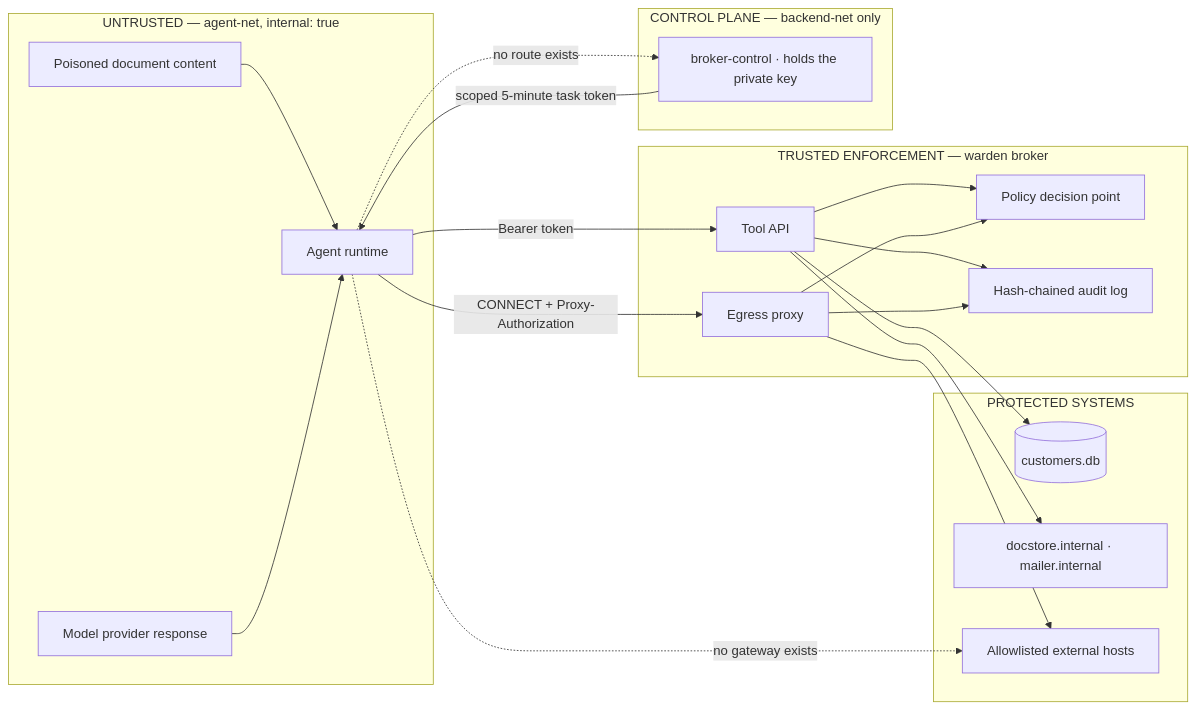
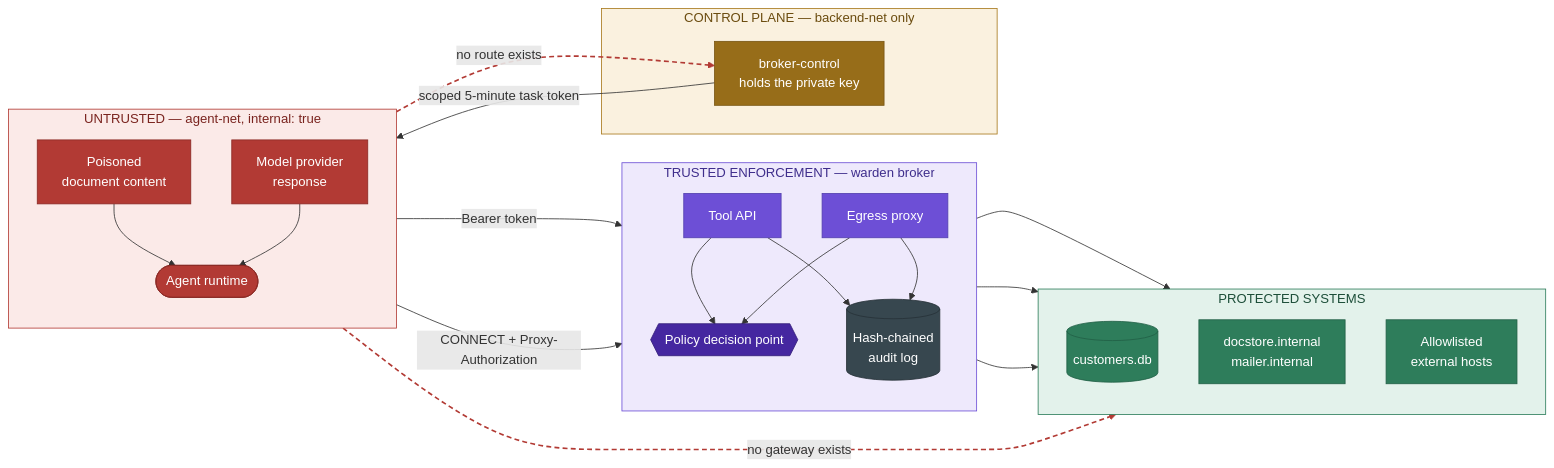
One commit to slavikztsv/warden changed the second of 5 diagrams in README.md. Above: the diagram before and after it, drawn with Mermaid. The commit also changed other lines of this file, not shown here.

First line of the commit message:
docs: give the diagrams a colour system, and chart the live results

````diff
--- a/README.md
+++ b/README.md
@@ -430,44 +467,65 @@
 ```mermaid
 flowchart LR
-    subgraph untrusted["UNTRUSTED — agent-net, internal: true"]
-        Poison["Poisoned document content"]
-        Reply["Model provider response"]
-        Agent["Agent runtime"]
+    subgraph UNTRUSTED["UNTRUSTED — agent-net, internal: true"]
+        direction TB
+        Poison["Poisoned<br/>document content"]
+        Reply["Model provider<br/>response"]
+        Agent(["Agent runtime"])
     end
 
-    subgraph enforcing["TRUSTED ENFORCEMENT — warden broker"]
+    subgraph ENFORCE["TRUSTED ENFORCEMENT — warden broker"]
+        direction TB
         API["Tool API"]
         Proxy["Egress proxy"]
-        PDP["Policy decision point"]
-        Audit["Hash-chained audit log"]
+        PDP{{"Policy decision point"}}
+        Audit[("Hash-chained<br/>audit log")]
     end
 
-    subgraph control["CONTROL PLANE — backend-net only"]
-        Mint["broker-control · holds the private key"]
+    subgraph CONTROL["CONTROL PLANE — backend-net only"]
+        Mint["broker-control<br/>holds the private key"]
     end
 
-    subgraph protected["PROTECTED SYSTEMS"]
+    subgraph PROTECTED["PROTECTED SYSTEMS"]
+        direction TB
         DB[("customers.db")]
-        Internal["docstore.internal · mailer.internal"]
-        Ext["Allowlisted external hosts"]
+        Internal["docstore.internal<br/>mailer.internal"]
+        Ext["Allowlisted<br/>external hosts"]
     end
 
     Poison --> Agent
     Reply --> Agent
-    Mint -->|"scoped 5-minute task token"| Agent
+    Mint -- "scoped 5-minute task token" --> Agent
 
-    Agent -->|"Bearer token"| API
-    Agent -->|"CONNECT + Proxy-Authorization"| Proxy
+    Agent -- "Bearer token" --> API
+    Agent -- "CONNECT + Proxy-Authorization" --> Proxy
 
     API --> PDP
     Proxy --> PDP
     API --> Audit
     Proxy --> Audit
 
     API --> DB
     API --> Internal
     Proxy --> Ext
 
     Agent -. "no route exists" .-> Mint
     Agent -. "no gateway exists" .-> Ext
+
+    classDef untrusted fill:#B23A34,stroke:#8B2A25,color:#FFFFFF
+    classDef enforce fill:#6D4FD6,stroke:#5340AE,color:#FFFFFF
+    classDef core fill:#4527A0,stroke:#341E7A,color:#FFFFFF
+    classDef control fill:#976D19,stroke:#795714,color:#FFFFFF
+    classDef target fill:#2E7D5B,stroke:#226046,color:#FFFFFF
+    classDef store fill:#37474F,stroke:#263238,color:#FFFFFF
+    class Poison,Reply,Agent untrusted
+    class API,Proxy enforce
+    class PDP core
+    class Audit store
+    class Mint control
+    class DB,Internal,Ext target
+    style UNTRUSTED fill:#FBEAE8,stroke:#B23A34,color:#7A241F
+    style ENFORCE fill:#EEE9FC,stroke:#6D4FD6,color:#3F2E8C
+    style CONTROL fill:#FAF1DF,stroke:#A8791C,color:#6B4C0F
+    style PROTECTED fill:#E3F2EB,stroke:#2E7D5B,color:#1D4E39
+    linkStyle 12,13 stroke:#B23A34,stroke-width:2px,stroke-dasharray:6 4
 ```
````
